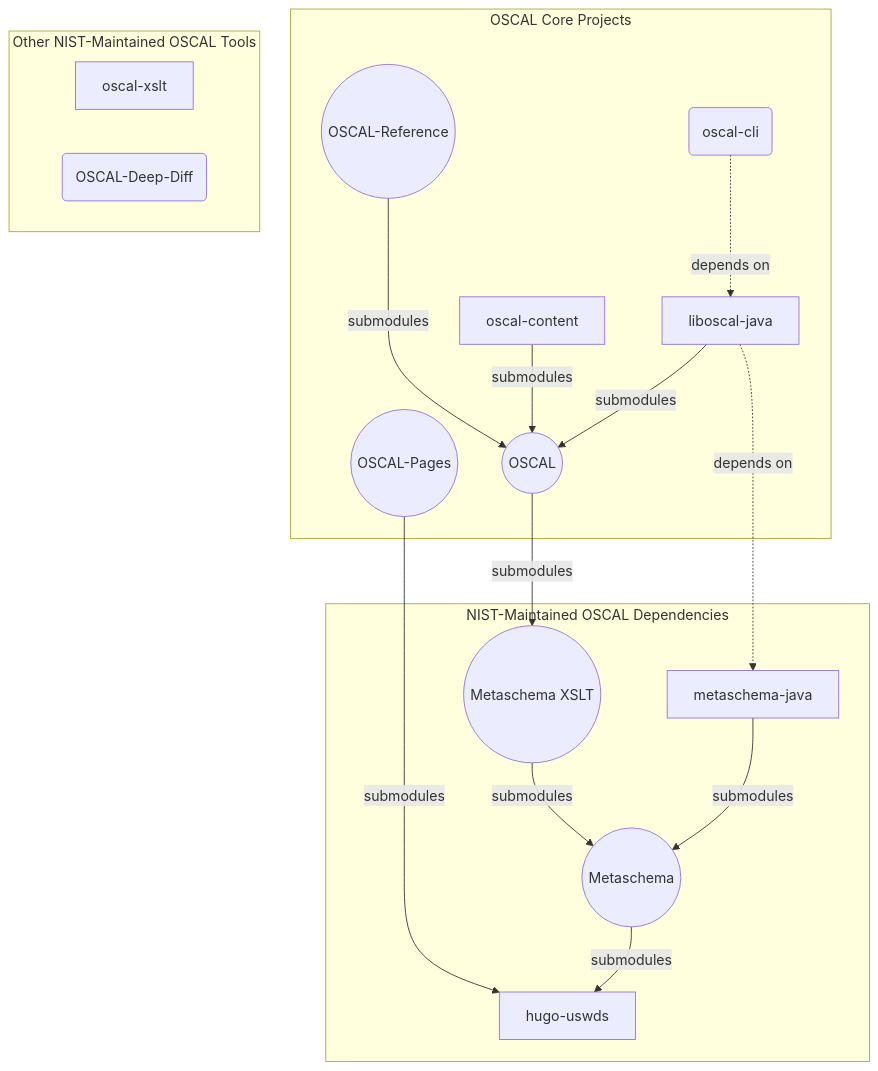
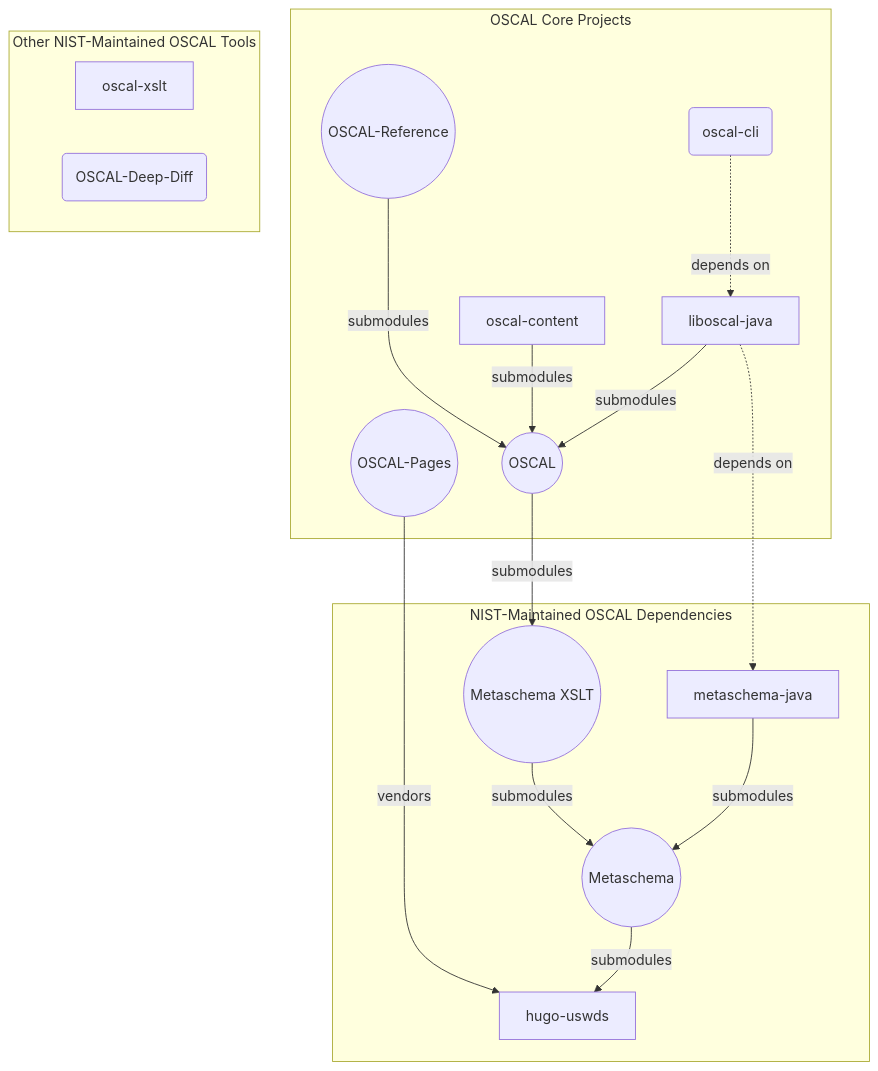
One commit to usnistgov/OSCAL-Pages changed the diagram in src/content/about/projects/_index.md. Above: the diagram before and after it, drawn with Mermaid.

Commit message:
Finalize updated diagram for #17 with review feedback
Make final edits to diagram around OSCAL-Pages' hugo-uswds dependency strategy from submodule to vendor per feedback from review summarized in https://github.com/usnistgov/OSCAL-Pages/issues/17#issuecomment-1675291982.

```diff
--- a/src/content/about/projects/_index.md
+++ b/src/content/about/projects/_index.md
@@ -13,35 +13,35 @@
 {{<mermaid>}}
 graph TD
     subgraph "NIST-Maintained OSCAL Dependencies"
         metaschema((Metaschema))
         metaschema-xslt((Metaschema XSLT))
         metaschema-java
         hugo-uswds
         
         metaschema-java-->|submodules|metaschema
         metaschema-xslt-->|submodules|metaschema
         metaschema-->|submodules|hugo-uswds
     end
 
     subgraph "OSCAL Core Projects"
         oscal-pages((OSCAL-Pages))
         oscal-reference((OSCAL-Reference))
         oscal((OSCAL));
         liboscal-java
         oscal-cli(oscal-cli)
         oscal-content
 
         oscal-reference--->|submodules|oscal
         oscal-cli-.->|depends on|liboscal-java-->|submodules|oscal
         oscal-content-->|submodules|oscal
     end
     
     subgraph "Other NIST-Maintained OSCAL Tools"
         oscal-xslt
         oscal-deep-diff(OSCAL-Deep-Diff)
     end
     
     oscal-->|submodules|metaschema-xslt
-    oscal-pages-->|submodules|hugo-uswds
+    oscal-pages-->|vendors|hugo-uswds
     liboscal-java-.->|depends on|metaschema-java
 {{</mermaid>}}
```
